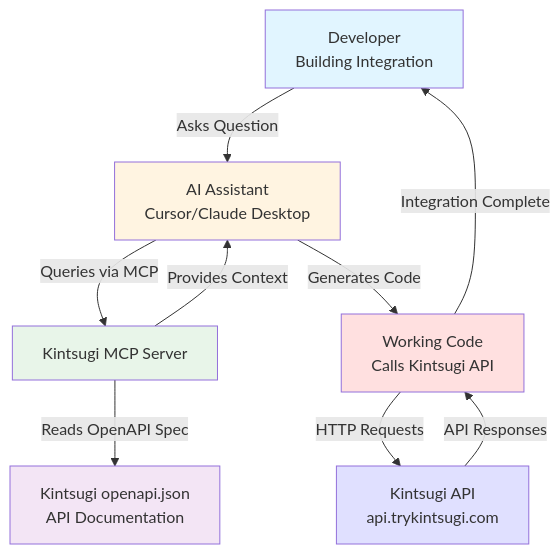
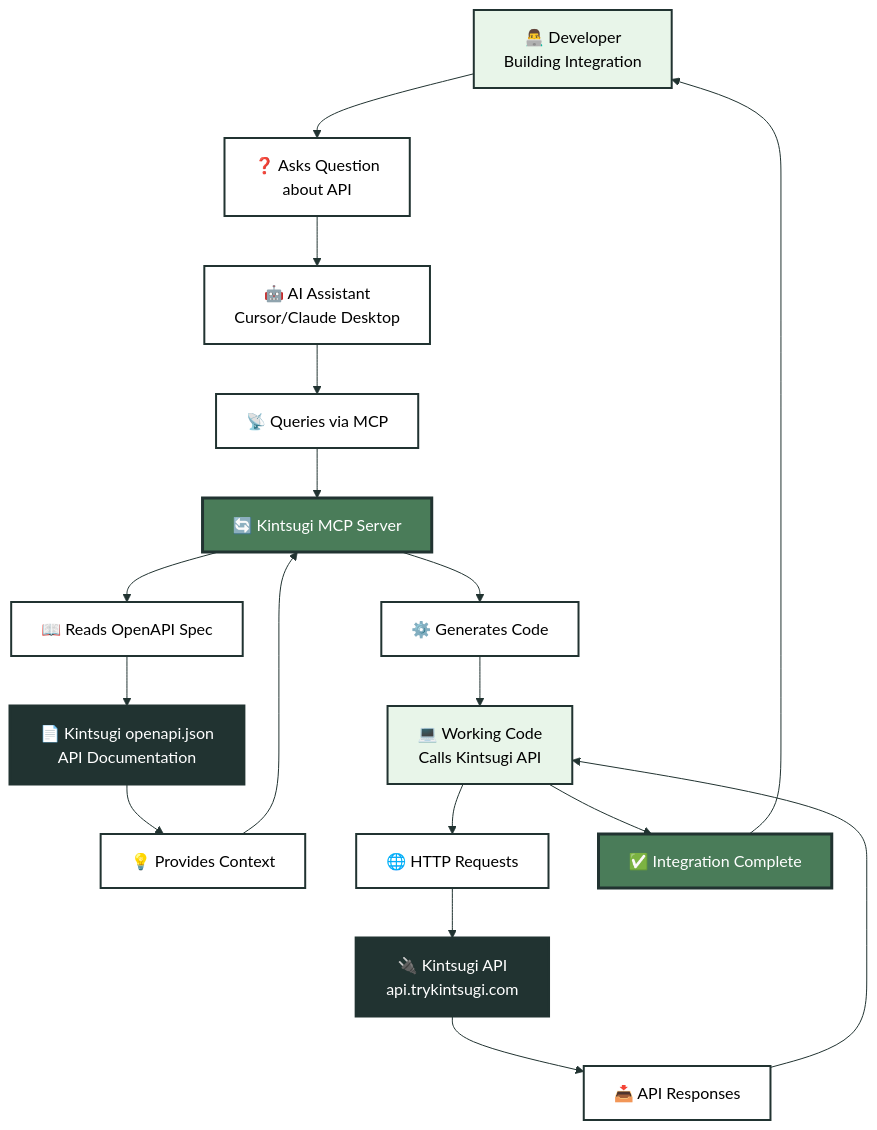
The diagram in docs/mcp/getting-started.mdx (kintsugi-tax/docs-v2), drawn with Mermaid before and after one commit. The commit also changed 6 other files, not shown here.

Commit message:
fix mermaid diagram appearance in dark mode

````diff
--- a/docs/mcp/getting-started.mdx
+++ b/docs/mcp/getting-started.mdx
@@ -74,18 +74,35 @@
 ```mermaid
+%%{init: {'theme':'base', 'themeVariables': {'primaryColor':'#FFFFFF','primaryTextColor':'#213331','primaryBorderColor':'#213331','lineColor':'#213331','secondaryColor':'#FFFFFF','tertiaryColor':'#213331','edgeLabelBackground':'transparent','edgeStrokeWidth':'2px','edgeStroke':'#213331','arrowheadColor':'#213331','clusterBkg':'transparent','clusterBorder':'#213331','defaultLinkColor':'#213331'}}}%%
 graph TB
-    Developer[Developer<br/>Building Integration] -->|Asks Question| AIClient[AI Assistant<br/>Cursor/Claude Desktop]
-    AIClient -->|Queries via MCP| MCPServer[Kintsugi MCP Server]
-    MCPServer -->|Reads OpenAPI Spec| OpenAPI[Kintsugi openapi.json<br/>API Documentation]
-    MCPServer -->|Provides Context| AIClient
-    AIClient -->|Generates Code| Code[Working Code<br/>Calls Kintsugi API]
-    Code -->|HTTP Requests| KintsugiAPI[Kintsugi API<br/>api.trykintsugi.com]
-    KintsugiAPI -->|API Responses| Code
-    Code -->|Integration Complete| Developer
+    Developer["👨‍💻 Developer<br/>Building Integration"] --> Question["❓ Asks Question<br/>about API"]
+    Question --> AIClient["🤖 AI Assistant<br/>Cursor/Claude Desktop"]
+    AIClient --> MCPQuery["📡 Queries via MCP"]
+    MCPQuery --> MCPServer["🔄 Kintsugi MCP Server"]
+    MCPServer --> ReadDocs["📖 Reads OpenAPI Spec"]
+    ReadDocs --> OpenAPI["📄 Kintsugi openapi.json<br/>API Documentation"]
+    OpenAPI --> Context["💡 Provides Context"]
+    Context --> MCPServer
+    MCPServer --> Generate["⚙️ Generates Code"]
+    Generate --> Code["💻 Working Code<br/>Calls Kintsugi API"]
+    Code --> HTTPReq["🌐 HTTP Requests"]
+    HTTPReq --> KintsugiAPI["🔌 Kintsugi API<br/>api.trykintsugi.com"]
+    KintsugiAPI --> Response["📥 API Responses"]
+    Response --> Code
+    Code --> Complete["✅ Integration Complete"]
+    Complete --> Developer
     
-    style Developer fill:#e1f5ff
-    style AIClient fill:#fff4e1
-    style MCPServer fill:#e8f5e9
-    style OpenAPI fill:#f3e5f5
-    style Code fill:#ffe0e0
-    style KintsugiAPI fill:#e0e0ff
+    style Developer fill:#e8f5e9,stroke:#213331,stroke-width:2px,color:#000000
+    style Question fill:#FFFFFF,stroke:#213331,stroke-width:2px,color:#000000
+    style AIClient fill:#FFFFFF,stroke:#213331,stroke-width:2px,color:#000000
+    style MCPQuery fill:#FFFFFF,stroke:#213331,stroke-width:2px,color:#000000
+    style MCPServer fill:#4a7c59,stroke:#213331,stroke-width:3px,color:#FFFFFF
+    style ReadDocs fill:#FFFFFF,stroke:#213331,stroke-width:2px,color:#000000
+    style OpenAPI fill:#213331,stroke:#213331,stroke-width:3px,color:#FFFFFF
+    style Context fill:#FFFFFF,stroke:#213331,stroke-width:2px,color:#000000
+    style Generate fill:#FFFFFF,stroke:#213331,stroke-width:2px,color:#000000
+    style Code fill:#e8f5e9,stroke:#213331,stroke-width:2px,color:#000000
+    style HTTPReq fill:#FFFFFF,stroke:#213331,stroke-width:2px,color:#000000
+    style KintsugiAPI fill:#213331,stroke:#213331,stroke-width:3px,color:#FFFFFF
+    style Response fill:#FFFFFF,stroke:#213331,stroke-width:2px,color:#000000
+    style Complete fill:#4a7c59,stroke:#213331,stroke-width:3px,color:#FFFFFF
 ```
````
